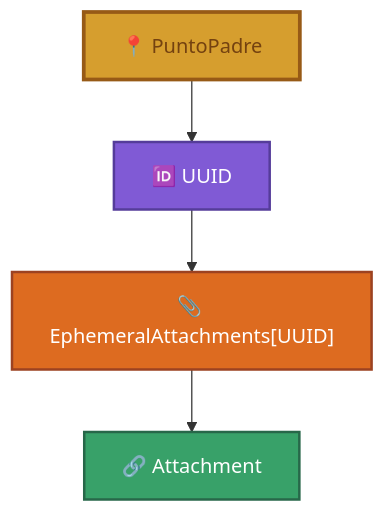
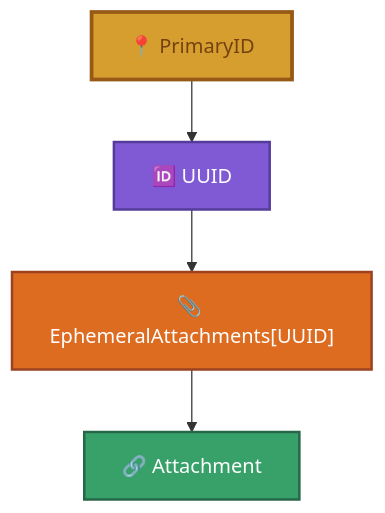
Before and after one commit to JuanCrakYT/RtG-Format: the fifth of 9 diagrams in research/unknowns.md, drawn with Mermaid. The commit also changed other lines of this file and 11 other files, not shown here.

````diff
--- a/research/unknowns.md
+++ b/research/unknowns.md
@@ -209,16 +209,16 @@
 ```mermaid
 flowchart TD
-    POINT["📍 PuntoPadre"] --> UUID["🆔 UUID"]
+    POINT["📍 PrimaryID"] --> UUID["🆔 UUID"]
     UUID --> ATTACHMENTS["📎 EphemeralAttachments[UUID]"]
     ATTACHMENTS --> ATTACHMENT["🔗 Attachment"]
 
     classDef point fill:#d69e2e,color:#744210,stroke:#975a16,stroke-width:3px;
     classDef uuid fill:#805ad5,color:#fff,stroke:#553c9a,stroke-width:2px;
     classDef attachments fill:#dd6b20,color:#fff,stroke:#9c4221,stroke-width:2px;
     classDef attachment fill:#38a169,color:#fff,stroke:#276749,stroke-width:2px;
 
     class POINT point;
     class UUID uuid;
     class ATTACHMENTS attachments;
     class ATTACHMENT attachment;
 ```
````
